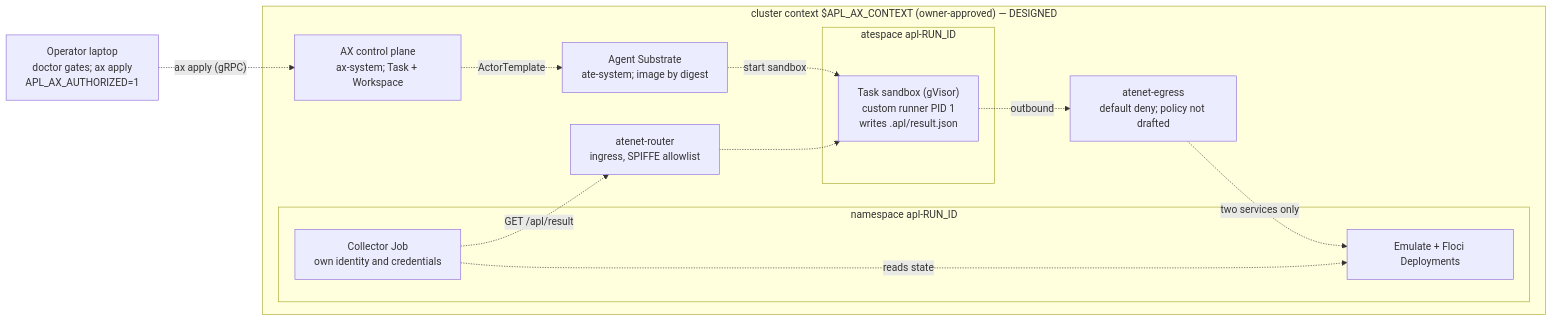
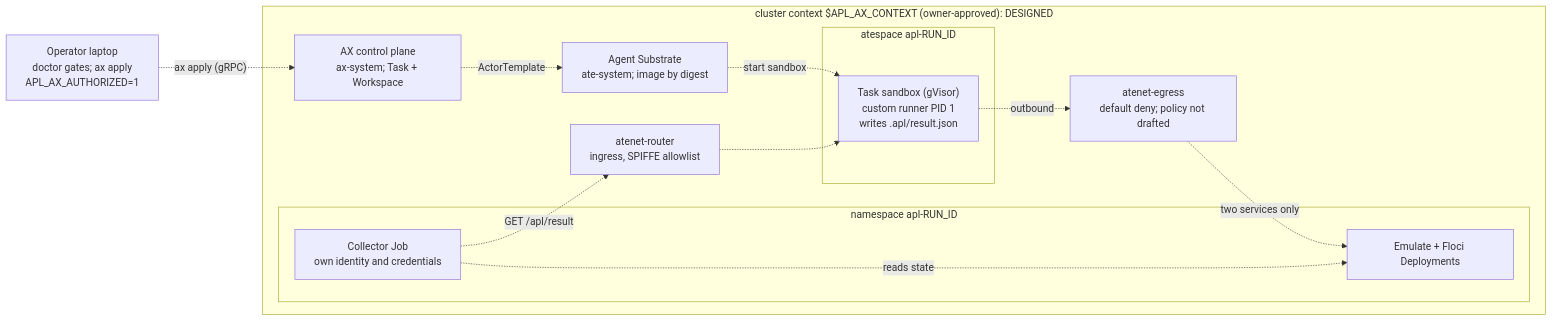
Before and after one commit to shivanathd/google-ax-agent-proof-lab: the fourth of 4 diagrams in docs/diagrams/README.md, drawn with Mermaid. The commit also changed 3 other files, not shown here.

````diff
--- a/docs/diagrams/README.md
+++ b/docs/diagrams/README.md
@@ -114,25 +114,25 @@
 ```mermaid
 flowchart LR
   operator["Operator laptop<br/>doctor gates; ax apply<br/>APL_AX_AUTHORIZED=1"]
-  subgraph K["cluster context $APL_AX_CONTEXT (owner-approved) — DESIGNED"]
+  subgraph K["cluster context $APL_AX_CONTEXT (owner-approved): DESIGNED"]
     axcp["AX control plane<br/>ax-system; Task + Workspace"]
     substrate["Agent Substrate<br/>ate-system; image by digest"]
     router["atenet-router<br/>ingress, SPIFFE allowlist"]
     egress["atenet-egress<br/>default deny; policy not drafted"]
     subgraph AS["atespace apl-RUN_ID"]
       task["Task sandbox (gVisor)<br/>custom runner PID 1<br/>writes .apl/result.json"]
     end
     subgraph NS["namespace apl-RUN_ID"]
       collector["Collector Job<br/>own identity and credentials"]
       emulators["Emulate + Floci Deployments"]
     end
   end
   operator -. "ax apply (gRPC)" .-> axcp
   axcp -. "ActorTemplate" .-> substrate
   substrate -. "start sandbox" .-> task
   task -. "outbound" .-> egress
   egress -. "two services only" .-> emulators
   collector -. "GET /apl/result" .-> router
   router -.-> task
   collector -. "reads state" .-> emulators
 ```
````
